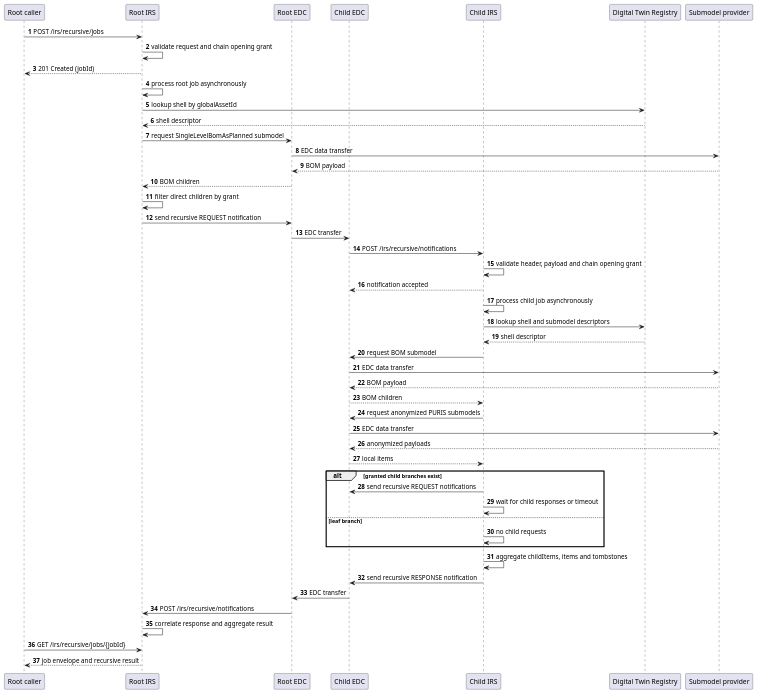
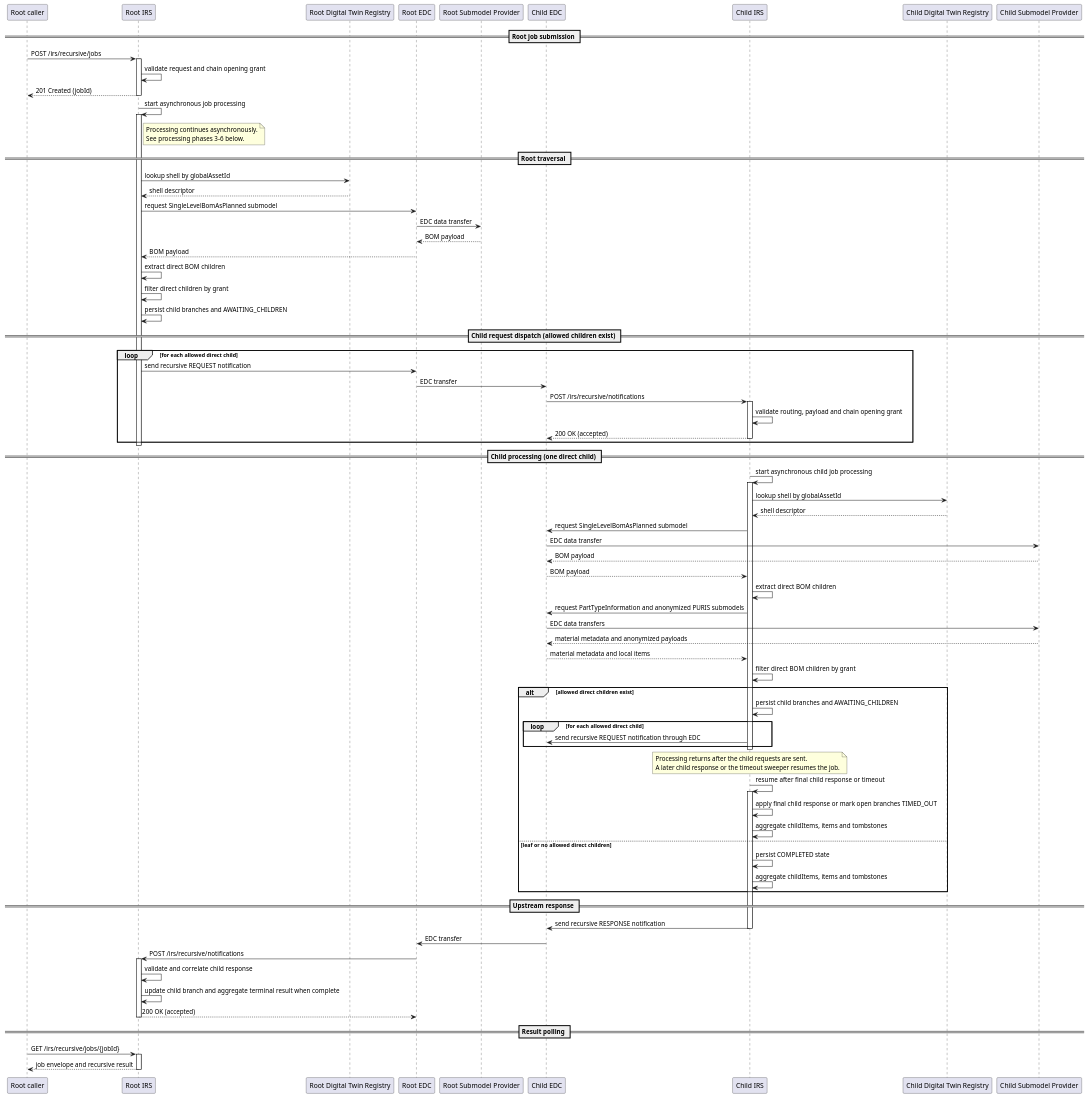
Before and after one commit to eclipse-tractusx/item-relationship-service: the diagram in docs/src/uml-diagrams/runtime-view/recursive-puris/recursive-puris-job.puml, drawn with PlantUML. The commit also changed 11 other files, not shown here.

First line of the commit message:
docs(recursive):[#1607] complete operations and architecture guidance

```diff
--- a/docs/src/uml-diagrams/runtime-view/recursive-puris/recursive-puris-job.puml
+++ b/docs/src/uml-diagrams/runtime-view/recursive-puris/recursive-puris-job.puml
@@ -1,58 +1,108 @@
 @startuml
-autonumber
 
 participant "Root caller" as Caller
 participant "Root IRS" as Root
+participant "Root Digital Twin Registry" as RootDtr
 participant "Root EDC" as RootEdc
+participant "Root Submodel Provider" as RootSubmodel
 participant "Child EDC" as ChildEdc
 participant "Child IRS" as Child
-participant "Digital Twin Registry" as DTR
-participant "Submodel provider" as Submodel
+participant "Child Digital Twin Registry" as ChildDtr
+participant "Child Submodel Provider" as ChildSubmodel
+
+== Root job submission ==
 
 Caller -> Root: POST /irs/recursive/jobs
+activate Root
 Root -> Root: validate request and chain opening grant
 Root --> Caller: 201 Created (jobId)
-Root -> Root: process root job asynchronously
-Root -> DTR: lookup shell by globalAssetId
-DTR --> Root: shell descriptor
+deactivate Root
+
+Root -> Root: start asynchronous job processing
+activate Root
+note right of Root
+  Processing continues asynchronously.
+  See processing phases 3-6 below.
+end note
+
+== Root traversal ==
+
+Root -> RootDtr: lookup shell by globalAssetId
+RootDtr --> Root: shell descriptor
 Root -> RootEdc: request SingleLevelBomAsPlanned submodel
-RootEdc -> Submodel: EDC data transfer
-Submodel --> RootEdc: BOM payload
-RootEdc --> Root: BOM children
+RootEdc -> RootSubmodel: EDC data transfer
+RootSubmodel --> RootEdc: BOM payload
+RootEdc --> Root: BOM payload
+Root -> Root: extract direct BOM children
 Root -> Root: filter direct children by grant
+Root -> Root: persist child branches and AWAITING_CHILDREN
 
-Root -> RootEdc: send recursive REQUEST notification
-RootEdc -> ChildEdc: EDC transfer
-ChildEdc -> Child: POST /irs/recursive/notifications
+== Child request dispatch (allowed children exist) ==
 
-Child -> Child: validate header, payload and chain opening grant
-Child --> ChildEdc: notification accepted
-Child -> Child: process child job asynchronously
-Child -> DTR: lookup shell and submodel descriptors
-DTR --> Child: shell descriptor
-Child -> ChildEdc: request BOM submodel
-ChildEdc -> Submodel: EDC data transfer
-Submodel --> ChildEdc: BOM payload
-ChildEdc --> Child: BOM children
-Child -> ChildEdc: request anonymized PURIS submodels
-ChildEdc -> Submodel: EDC data transfer
-Submodel --> ChildEdc: anonymized payloads
-ChildEdc --> Child: local items
+loop for each allowed direct child
+    Root -> RootEdc: send recursive REQUEST notification
+    RootEdc -> ChildEdc: EDC transfer
+    ChildEdc -> Child: POST /irs/recursive/notifications
+    activate Child
+    Child -> Child: validate routing, payload and chain opening grant
+    Child --> ChildEdc: 200 OK (accepted)
+    deactivate Child
+end
+deactivate Root
 
-alt granted child branches exist
-    Child -> ChildEdc: send recursive REQUEST notifications
-    Child -> Child: wait for child responses or timeout
-else leaf branch
-    Child -> Child: no child requests
+== Child processing (one direct child) ==
+
+Child -> Child: start asynchronous child job processing
+activate Child
+Child -> ChildDtr: lookup shell by globalAssetId
+ChildDtr --> Child: shell descriptor
+Child -> ChildEdc: request SingleLevelBomAsPlanned submodel
+ChildEdc -> ChildSubmodel: EDC data transfer
+ChildSubmodel --> ChildEdc: BOM payload
+ChildEdc --> Child: BOM payload
+Child -> Child: extract direct BOM children
+Child -> ChildEdc: request PartTypeInformation and anonymized PURIS submodels
+ChildEdc -> ChildSubmodel: EDC data transfers
+ChildSubmodel --> ChildEdc: material metadata and anonymized payloads
+ChildEdc --> Child: material metadata and local items
+Child -> Child: filter direct BOM children by grant
+
+alt allowed direct children exist
+    Child -> Child: persist child branches and AWAITING_CHILDREN
+    loop for each allowed direct child
+        Child -> ChildEdc: send recursive REQUEST notification through EDC
+    end
+    deactivate Child
+    note over Child
+        Processing returns after the child requests are sent.
+        A later child response or the timeout sweeper resumes the job.
+    end note
+    Child -> Child: resume after final child response or timeout
+    activate Child
+    Child -> Child: apply final child response or mark open branches TIMED_OUT
+    Child -> Child: aggregate childItems, items and tombstones
+else leaf or no allowed direct children
+    Child -> Child: persist COMPLETED state
+    Child -> Child: aggregate childItems, items and tombstones
 end
 
-Child -> Child: aggregate childItems, items and tombstones
+== Upstream response ==
 
 Child -> ChildEdc: send recursive RESPONSE notification
+deactivate Child
 ChildEdc -> RootEdc: EDC transfer
 RootEdc -> Root: POST /irs/recursive/notifications
-Root -> Root: correlate response and aggregate result
+activate Root
+Root -> Root: validate and correlate child response
+Root -> Root: update child branch and aggregate terminal result when complete
+Root --> RootEdc: 200 OK (accepted)
+deactivate Root
+
+== Result polling ==
+
 Caller -> Root: GET /irs/recursive/jobs/{jobId}
+activate Root
 Root --> Caller: job envelope and recursive result
+deactivate Root
 
 @enduml
```
